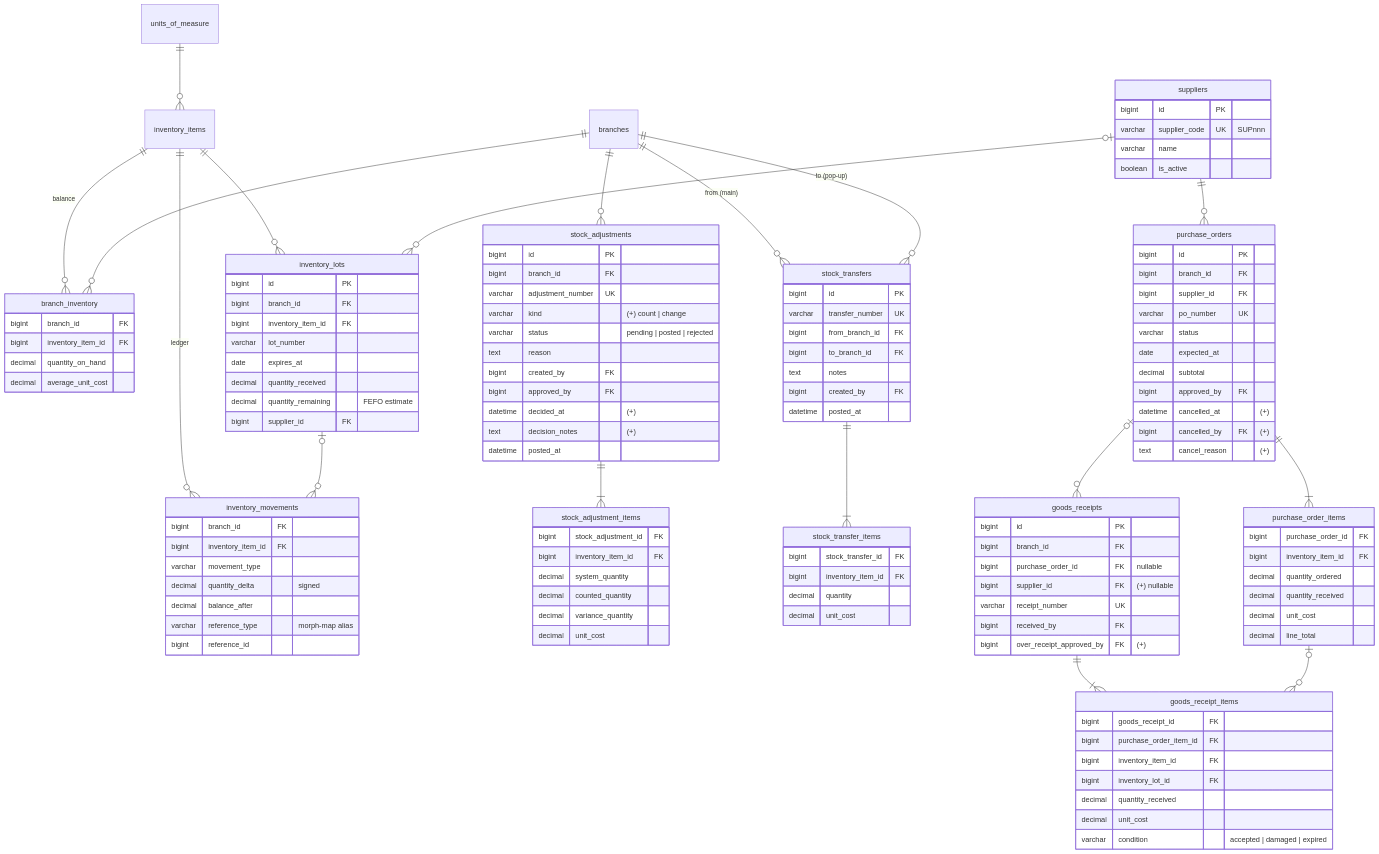
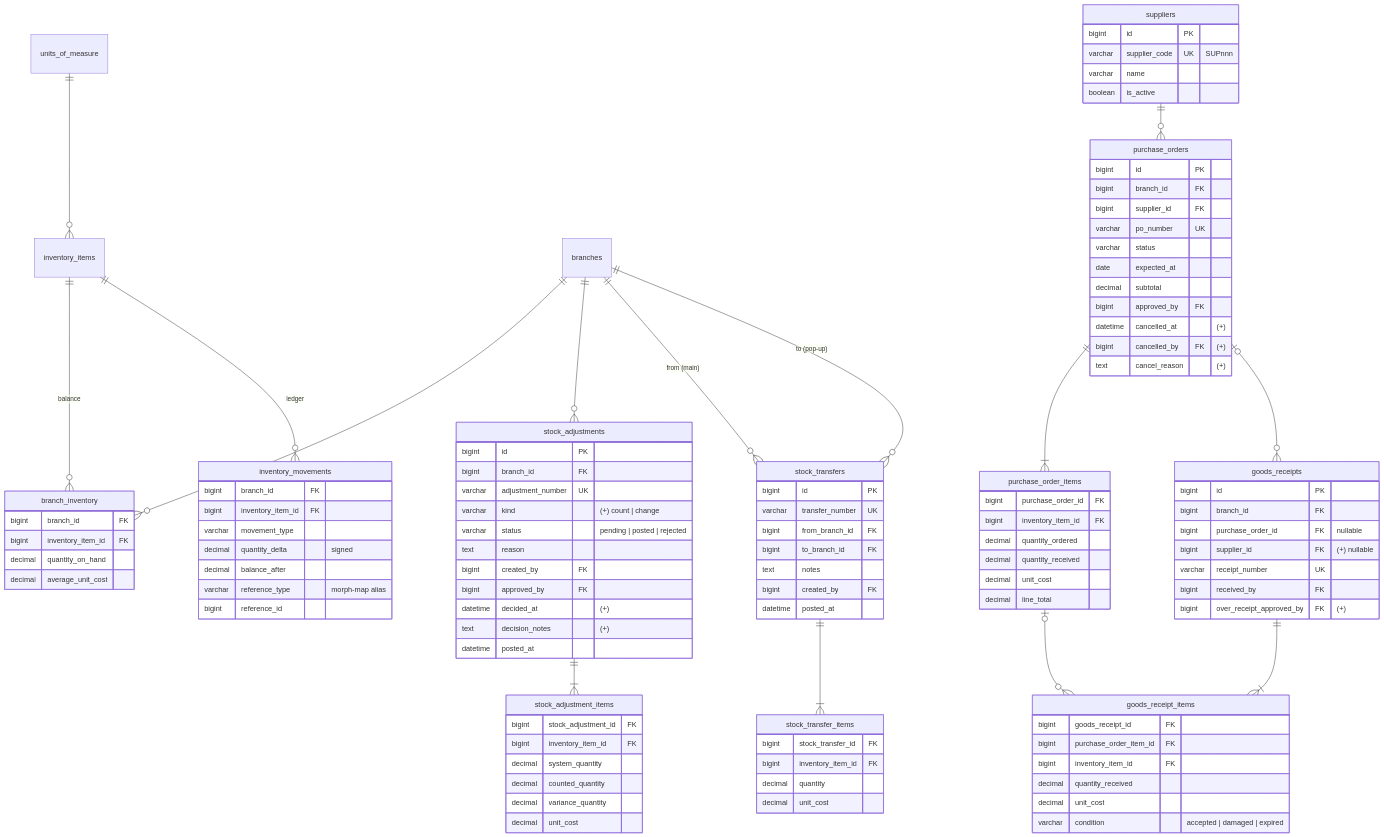
One commit to eichebiem/brevon-pos changed the fifth of 6 diagrams in docs/ERD.md. Above: the diagram before and after it, drawn with Mermaid. The commit also changed other lines of this file and 151 other files, not shown here.

````diff
--- a/docs/ERD.md
+++ b/docs/ERD.md
@@ -203,10 +198,7 @@
     units_of_measure ||--o{ inventory_items : ""
     inventory_items ||--o{ branch_inventory : balance
     branches ||--o{ branch_inventory : ""
-    inventory_items ||--o{ inventory_lots : ""
-    suppliers |o--o{ inventory_lots : ""
     inventory_items ||--o{ inventory_movements : ledger
-    inventory_lots |o--o{ inventory_movements : ""
     branches ||--o{ stock_adjustments : ""
     stock_adjustments ||--|{ stock_adjustment_items : ""
     branches ||--o{ stock_transfers : "from (main)"
@@ -288,16 +280,7 @@
     goods_receipt_items { bigint goods_receipt_id FK
       bigint purchase_order_item_id FK
       bigint inventory_item_id FK
-      bigint inventory_lot_id FK
       decimal quantity_received
       decimal unit_cost
       varchar condition "accepted | damaged | expired" }
-    inventory_lots { bigint id PK
-      bigint branch_id FK
-      bigint inventory_item_id FK
-      varchar lot_number
-      date expires_at
-      decimal quantity_received
-      decimal quantity_remaining "FEFO estimate"
-      bigint supplier_id FK }
 ```
````
